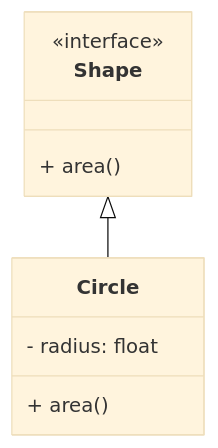
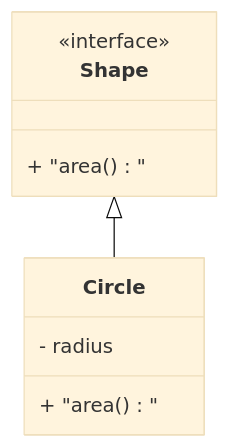
Before and after one commit to 42jerrykim/42jerrykim.github.io: the third of 15 diagrams in content/post/2024/2024-11-08-python-oop/index.md, drawn with Mermaid (base theme). The commit also changed other lines of this file and 239 other files, not shown here.

````diff
--- a/content/post/2024/2024-11-08-python-oop/index.md
+++ b/content/post/2024/2024-11-08-python-oop/index.md
@@ -269,12 +315,12 @@
 ```mermaid
 classDiagram
     class Shape {
         <<interface>>
-        + area()
+        + "area()"
     }
     class Circle {
-        - radius: float
-        + area()
+        - radius
+        + "area()"
     }
     Shape <|-- Circle
 ```
````
